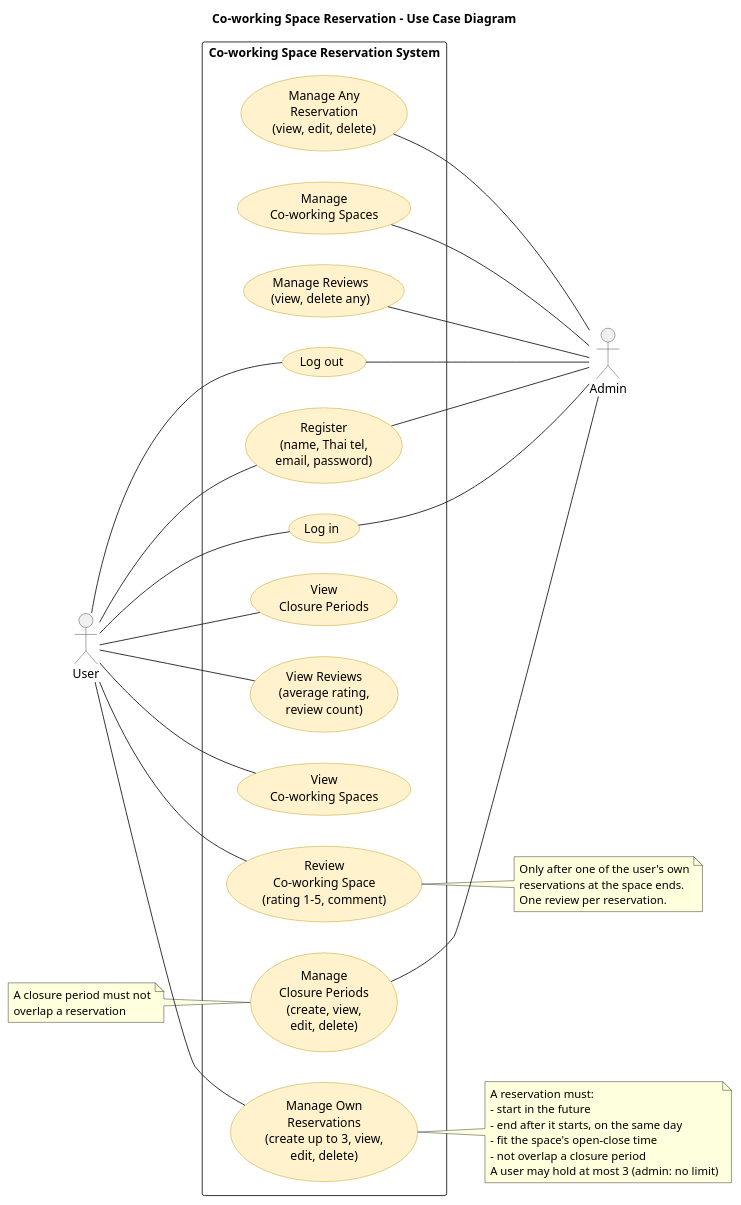
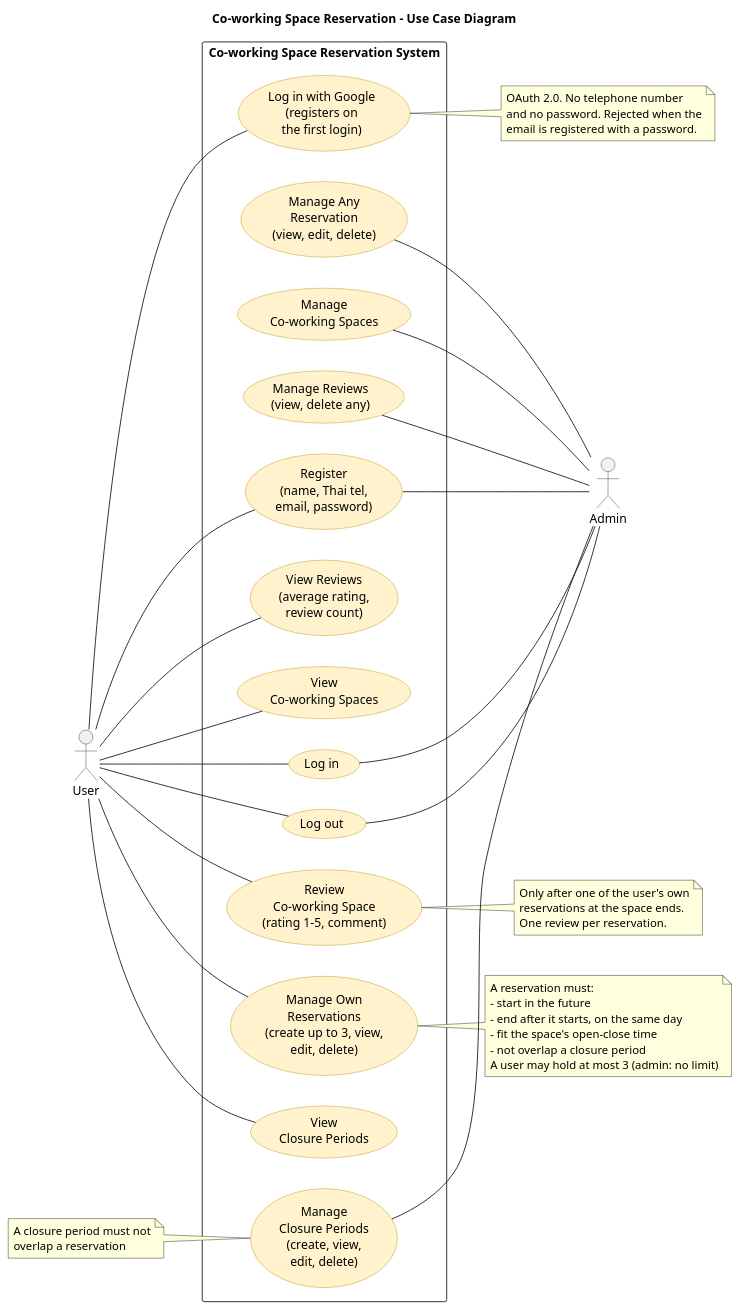
The diagram in docs/diagrams/usecase.puml (TonBoonchai/Co-working-Space-Reservation), drawn with PlantUML before and after one commit. The commit also changed 13 other files, not shown here.

Commit message:
feat: add Google OAuth 2.0 login

```diff
--- a/docs/diagrams/usecase.puml
+++ b/docs/diagrams/usecase.puml
@@ -1,65 +1,73 @@
 @startuml
 title Co-working Space Reservation - Use Case Diagram
 left to right direction
 skinparam packageStyle rectangle
 skinparam usecase {
   BackgroundColor #FFF2CC
   BorderColor #B7950B
 }
 skinparam actorBorderColor #333333
 
 actor "User" as user
 actor "Admin" as admin
 
 rectangle "Co-working Space Reservation System" {
   usecase "Register\n(name, Thai tel,\nemail, password)" as register
   usecase "Log in" as login
+  usecase "Log in with Google\n(registers on\nthe first login)" as googleLogin
   usecase "Log out" as logout
   usecase "View\nCo-working Spaces" as viewSpaces
   usecase "View\nClosure Periods" as viewClosures
   usecase "View Reviews\n(average rating,\nreview count)" as viewReviews
   usecase "Review\nCo-working Space\n(rating 1-5, comment)" as review
   usecase "Manage Own\nReservations\n(create up to 3, view,\nedit, delete)" as manageOwn
   usecase "Manage Any\nReservation\n(view, edit, delete)" as manageAny
   usecase "Manage\nCo-working Spaces" as manageSpaces
   usecase "Manage\nClosure Periods\n(create, view,\nedit, delete)" as manageClosures
   usecase "Manage Reviews\n(view, delete any)" as manageReviews
 }
 
 user -- register
 user -- login
+user -- googleLogin
 user -- logout
 user -- viewSpaces
 user -- viewClosures
 user -- manageOwn
 user -- viewReviews
 user -- review
 
 register -- admin
 login -- admin
 logout -- admin
 manageAny -- admin
 manageSpaces -- admin
 manageClosures -- admin
 manageReviews -- admin
 
 note right of manageOwn
   A reservation must:
   - start in the future
   - end after it starts, on the same day
   - fit the space's open-close time
   - not overlap a closure period
   A user may hold at most 3 (admin: no limit)
 end note
 
 note right of review
   Only after one of the user's own
   reservations at the space ends.
   One review per reservation.
 end note
 
+note right of googleLogin
+  OAuth 2.0. No telephone number
+  and no password. Rejected when the
+  email is registered with a password.
+end note
+
 note left of manageClosures
   A closure period must not
   overlap a reservation
 end note
 @enduml
```
